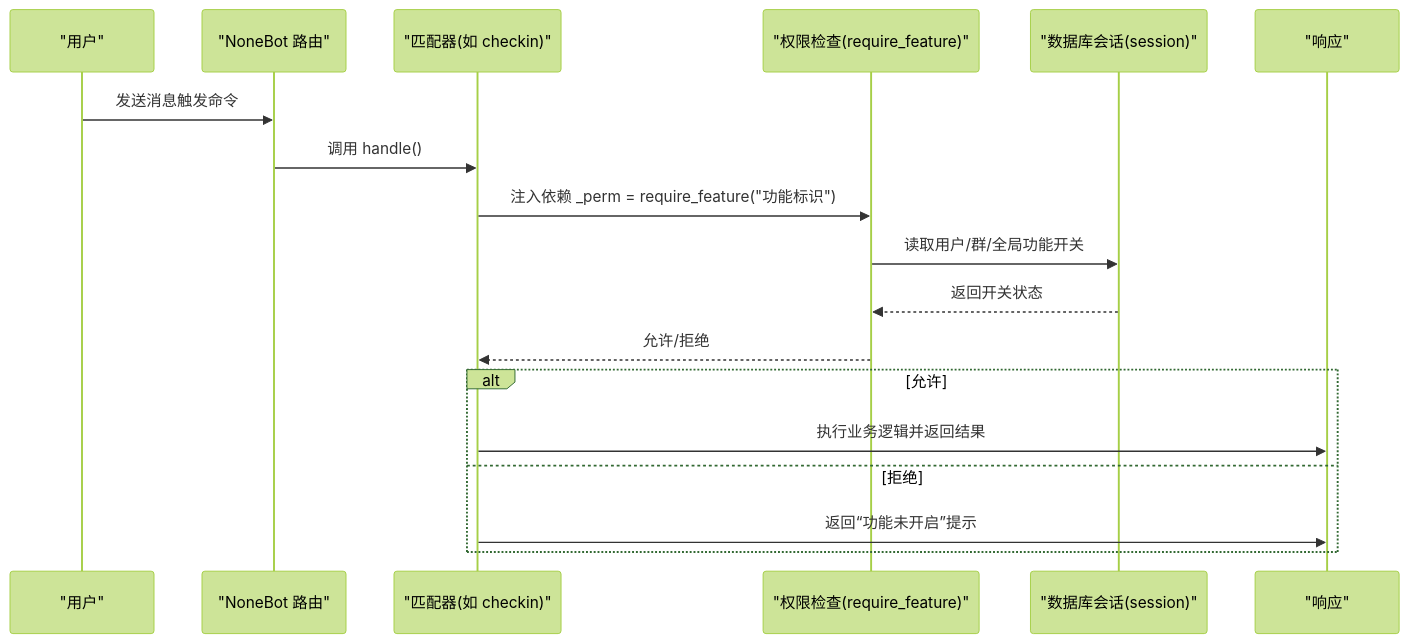
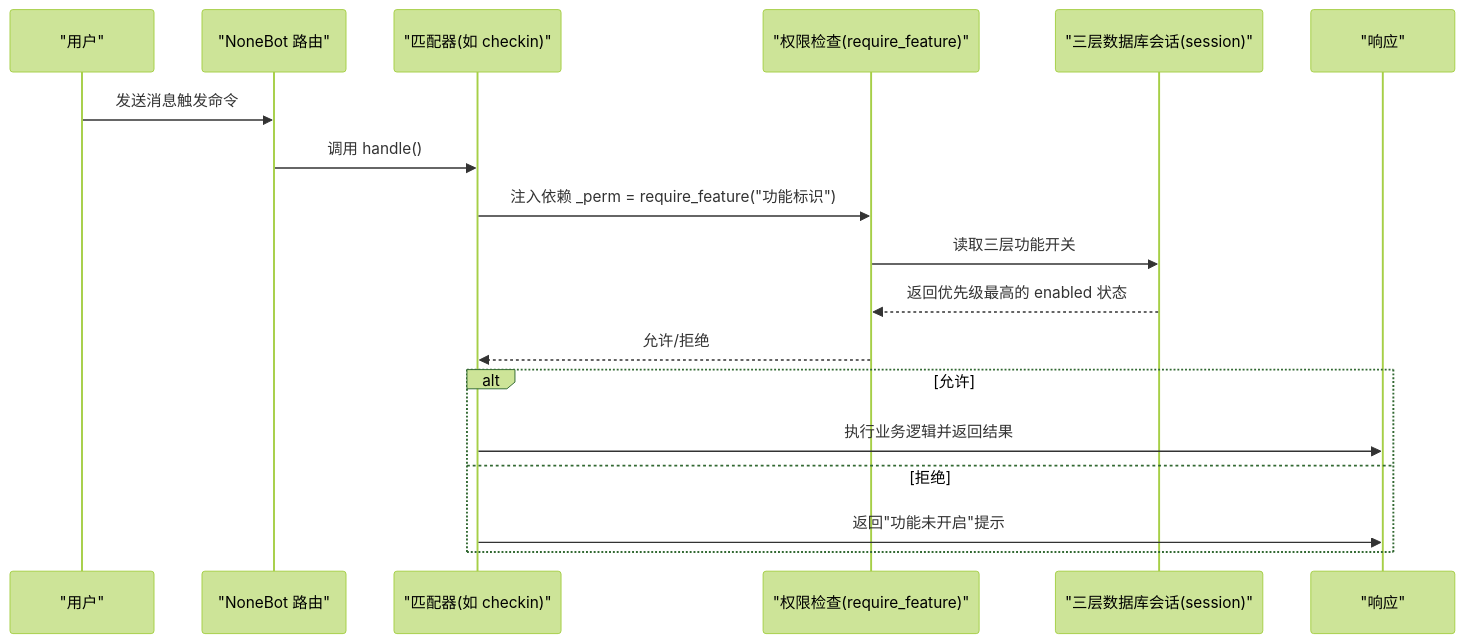
One commit to Wohaokunr/yawn_bot changed the second of 7 diagrams in .qoder/repowiki/zh/content/核心功能模块/权限控制系统.md. Above: the diagram before and after it, drawn with Mermaid (forest theme). The commit also changed other lines of this file and 14 other files, not shown here.

````diff
--- a/.qoder/repowiki/zh/content/核心功能模块/权限控制系统.md
+++ b/.qoder/repowiki/zh/content/核心功能模块/权限控制系统.md
@@ -128,20 +140,20 @@
 ```mermaid
 sequenceDiagram
 participant U as "用户"
 participant N as "NoneBot 路由"
 participant M as "匹配器(如 checkin)"
 participant P as "权限检查(require_feature)"
-participant DB as "数据库会话(session)"
+participant DB as "三层数据库会话(session)"
 participant R as "响应"
 U->>N : 发送消息触发命令
 N->>M : 调用 handle()
 M->>P : 注入依赖 _perm = require_feature("功能标识")
-P->>DB : 读取用户/群/全局功能开关
-DB-->>P : 返回开关状态
+P->>DB : 读取三层功能开关
+DB-->>P : 返回优先级最高的 enabled 状态
 P-->>M : 允许/拒绝
 alt 允许
 M->>R : 执行业务逻辑并返回结果
 else 拒绝
-M->>R : 返回“功能未开启”提示
+M->>R : 返回"功能未开启"提示
 end
 ```
````
